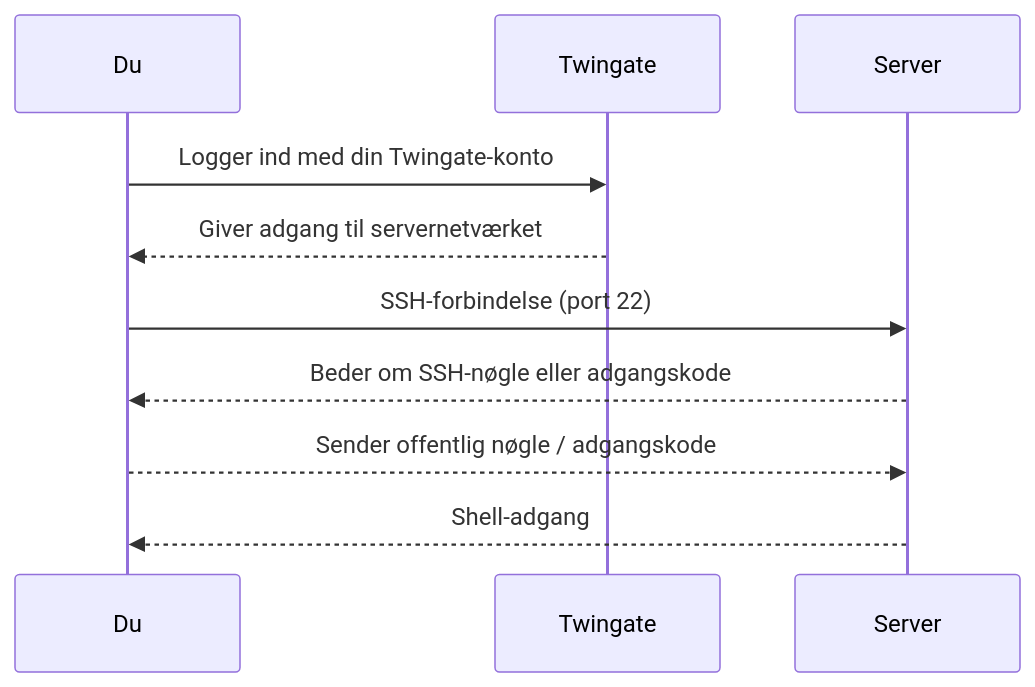
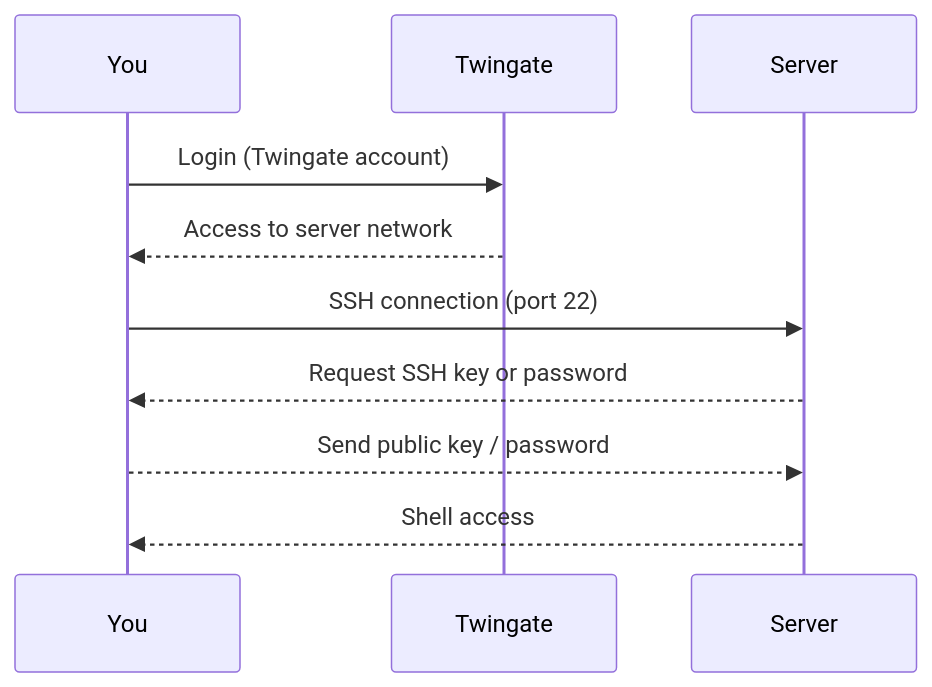
One commit to Mercantec-GHC/deploy-or-die-anbo0005 changed the first of 20 diagrams in docs/notes/day1-ssh.md. Above: the diagram before and after it, drawn with Mermaid. The commit also changed other lines of this file and 8 other files, not shown here.

````diff
--- a/docs/notes/day1-ssh.md
+++ b/docs/notes/day1-ssh.md
@@ -206,12 +206,12 @@
 ```mermaid
 sequenceDiagram
-    participant Du
+    participant You
     participant Twingate
     participant Server
-    Du->>Twingate: Logger ind med din Twingate-konto
-    Twingate-->>Du: Giver adgang til servernetværket
-    Du->>Server: SSH-forbindelse (port 22)
-    Server-->>Du: Beder om SSH-nøgle eller adgangskode
-    Du-->>Server: Sender offentlig nøgle / adgangskode
-    Server-->>Du: Shell-adgang
+    You->>Twingate: Login (Twingate account)
+    Twingate-->>You: Access to server network
+    You->>Server: SSH connection (port 22)
+    Server-->>You: Request SSH key or password
+    You-->>Server: Send public key / password
+    Server-->>You: Shell access
 ```
````
